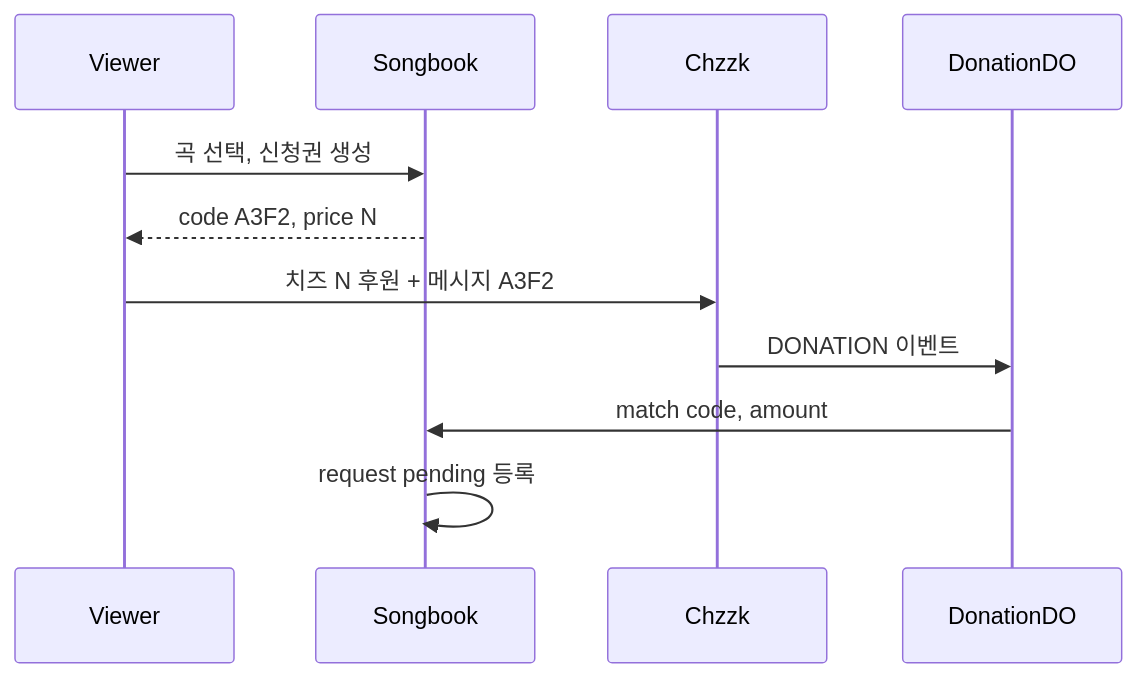
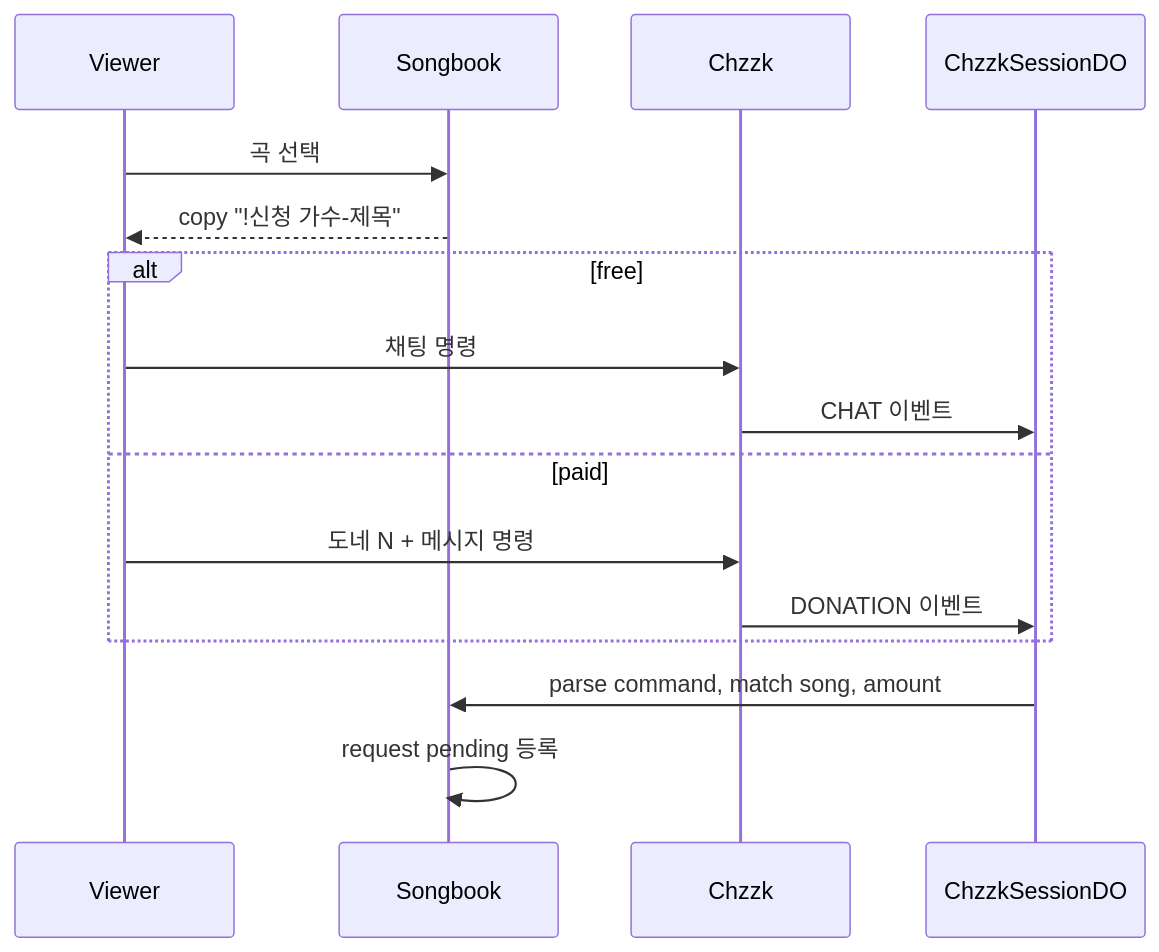
One commit to AutumnColor77/live-mr-songbook changed the diagram in docs/chzzk-paid-requests.md. Above: the diagram before and after it, drawn with Mermaid. The commit also changed other lines of this file and 20 other files, not shown here.

First line of the commit message:
Add Chzzk command-based request flow (phase 1).

````diff
--- a/docs/chzzk-paid-requests.md
+++ b/docs/chzzk-paid-requests.md
@@ -22,14 +30,19 @@
 ```mermaid
 sequenceDiagram
   participant Viewer
   participant Songbook
   participant Chzzk
-  participant DO as DonationDO
+  participant DO as ChzzkSessionDO
 
-  Viewer->>Songbook: 곡 선택, 신청권 생성
-  Songbook-->>Viewer: code A3F2, price N
-  Viewer->>Chzzk: 치즈 N 후원 + 메시지 A3F2
-  Chzzk->>DO: DONATION 이벤트
-  DO->>Songbook: match code, amount
+  Viewer->>Songbook: 곡 선택
+  Songbook-->>Viewer: copy "!신청 가수-제목"
+  alt free
+    Viewer->>Chzzk: 채팅 명령
+    Chzzk->>DO: CHAT 이벤트
+  else paid
+    Viewer->>Chzzk: 도네 N + 메시지 명령
+    Chzzk->>DO: DONATION 이벤트
+  end
+  DO->>Songbook: parse command, match song, amount
   Songbook->>Songbook: request pending 등록
 ```
````
